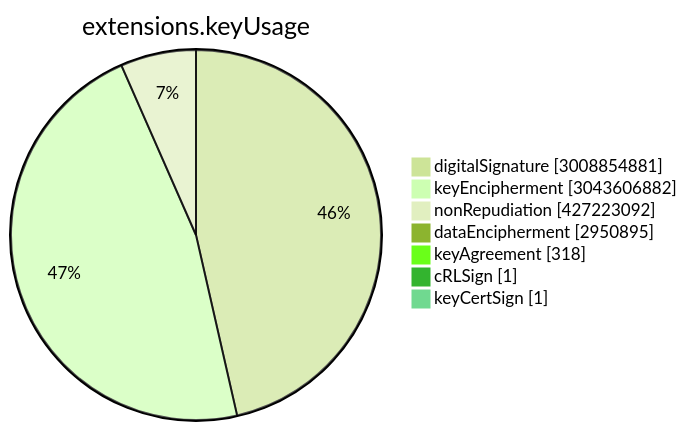
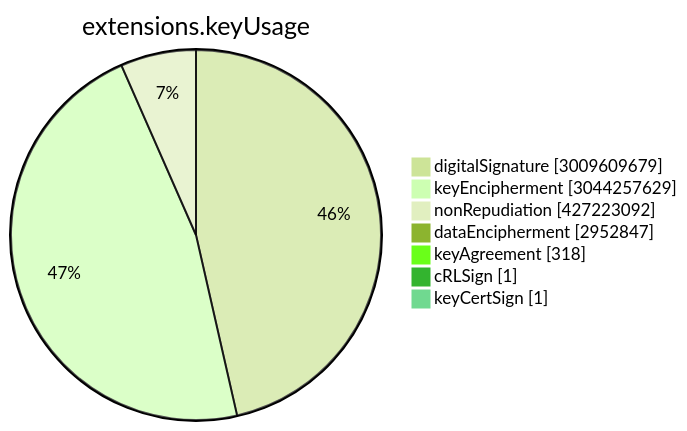
The sixth of 15 diagrams in TOTAL/README.md (christiankrug/ctmonitor_visualization), drawn with Mermaid (forest theme) before and after one commit. The commit also changed other lines of this file, not shown here.

````diff
--- a/TOTAL/README.md
+++ b/TOTAL/README.md
@@ -3075,11 +3075,11 @@
 ```mermaid
 pie showData
 title extensions.keyUsage
-"digitalSignature" :3008854881
-"keyEncipherment" :3043606882
+"digitalSignature" :3009609679
+"keyEncipherment" :3044257629
 "nonRepudiation" :427223092
-"dataEncipherment" :2950895
+"dataEncipherment" :2952847
 "keyAgreement" :318
 "cRLSign" :1
 "keyCertSign" :1
 ```
````
